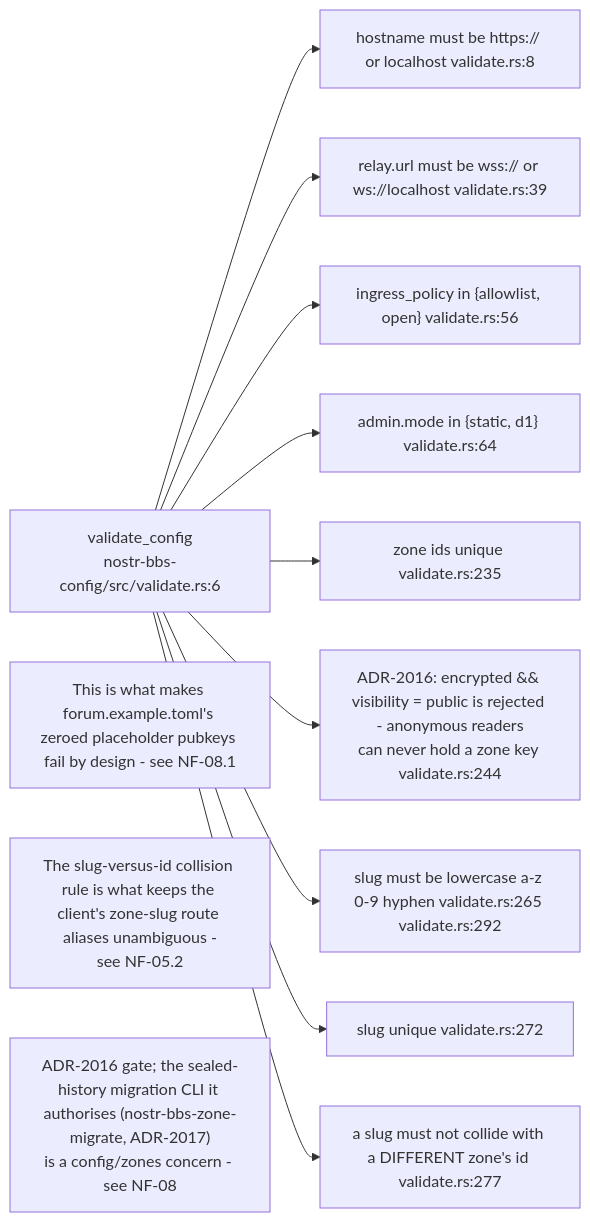
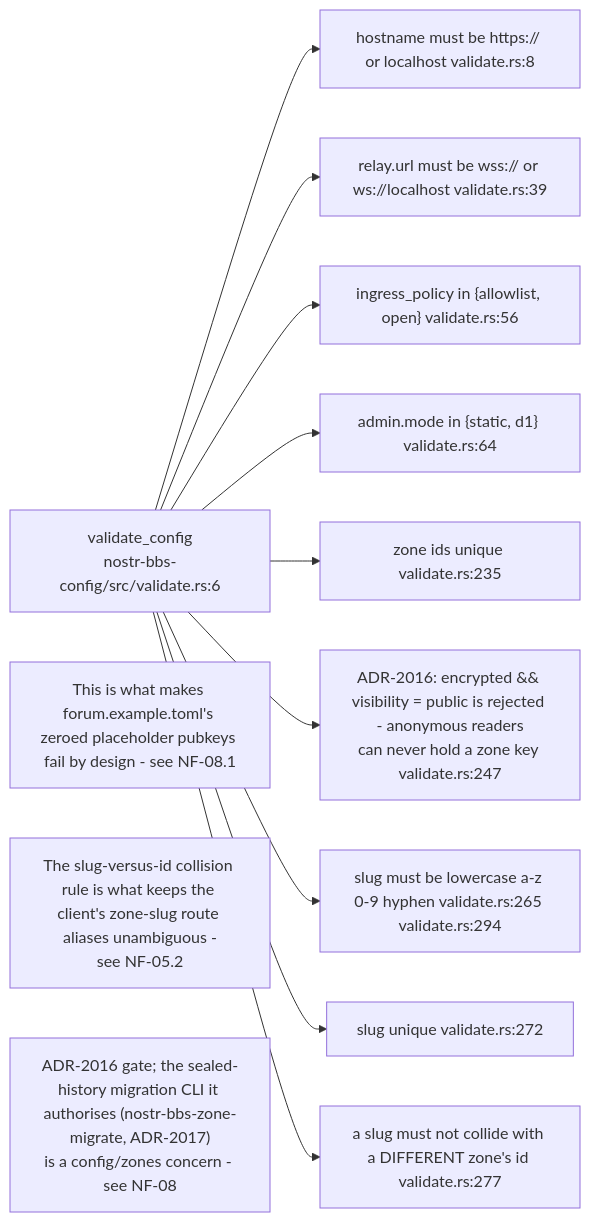
Before and after one commit to DreamLab-AI/VisionFlow: the fourth of 9 diagrams in docs/diagrams/nostr-rust-forum/09-ci-deploy-canary-and-validation.md, drawn with Mermaid. The commit also changed other lines of this file and 111 other files, not shown here.

Commit message:
docs(diagrams): align estate maps with current source

````diff
--- a/docs/diagrams/nostr-rust-forum/09-ci-deploy-canary-and-validation.md
+++ b/docs/diagrams/nostr-rust-forum/09-ci-deploy-canary-and-validation.md
@@ -104,19 +104,19 @@
 ```mermaid
 flowchart LR
     V["validate_config<br/>nostr-bbs-config/src/validate.rs:6"]
     H["hostname must be https:// or localhost validate.rs:8"]
     R["relay.url must be wss:// or ws://localhost validate.rs:39"]
     I["ingress_policy in {allowlist, open} validate.rs:56"]
     A["admin.mode in {static, d1} validate.rs:64"]
     Z1["zone ids unique validate.rs:235"]
-    ENC["ADR-2016: encrypted && visibility = public is rejected - anonymous readers<br/>can never hold a zone key validate.rs:244"]
-    Z2["slug must be lowercase a-z 0-9 hyphen validate.rs:265 validate.rs:292"]
+    ENC["ADR-2016: encrypted && visibility = public is rejected - anonymous readers<br/>can never hold a zone key validate.rs:247"]
+    Z2["slug must be lowercase a-z 0-9 hyphen validate.rs:265 validate.rs:294"]
     Z3["slug unique validate.rs:272"]
     Z4["a slug must not collide with a DIFFERENT zone's id validate.rs:277"]
 
     V --> H & R & I & A & Z1 & ENC & Z2 & Z3 & Z4
 
     N1["This is what makes forum.example.toml's zeroed placeholder pubkeys fail by design - see NF-08.1"]
     N2["The slug-versus-id collision rule is what keeps the client's zone-slug route aliases unambiguous -<br/>see NF-05.2"]
     N3["ADR-2016 gate; the sealed-history migration CLI it authorises (nostr-bbs-zone-migrate, ADR-2017)<br/>is a config/zones concern - see NF-08"]
 ```
````
